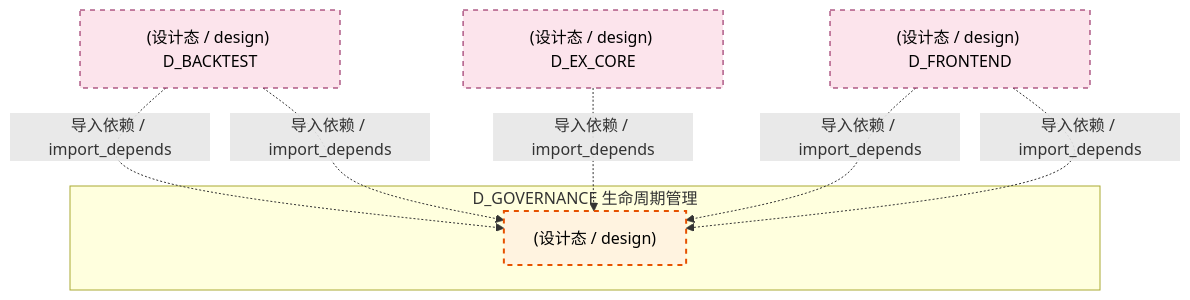
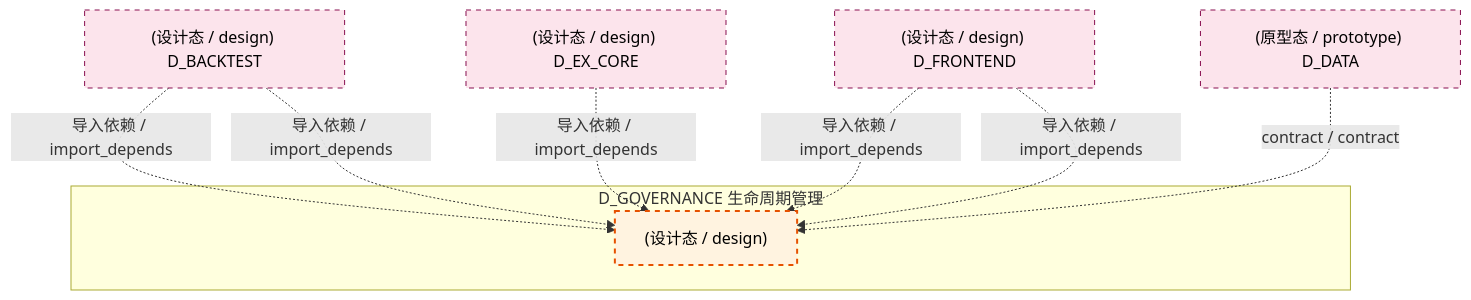
Before and after one commit to xuanFelixVan/ZephyrAlpha: the tenth of 12 diagrams in docs/02_enterprise_architecture/02_domain_architecture_docs/38_d_governance.md, drawn with Mermaid. The commit also changed other lines of this file and 101 other files, not shown here.

````diff
--- a/docs/02_enterprise_architecture/02_domain_architecture_docs/38_d_governance.md
+++ b/docs/02_enterprise_architecture/02_domain_architecture_docs/38_d_governance.md
@@ -1103,20 +1107,22 @@
 ```mermaid
 graph TD
     subgraph D_GOVERNANCE["D_GOVERNANCE 生命周期管理"]
         src_zephyr_governance_data_governance_miniqmt_provider_py["(设计态 / design) "]
     end
     D_BACKTEST["(设计态 / design) D_BACKTEST"]
     D_BACKTEST -.->|导入依赖 / import_depends| src_zephyr_governance_data_governance_miniqmt_provider_py
     D_BACKTEST -.->|导入依赖 / import_depends| src_zephyr_governance_data_governance_miniqmt_provider_py
     D_EX_CORE["(设计态 / design) D_EX_CORE"]
     D_EX_CORE -.->|导入依赖 / import_depends| src_zephyr_governance_data_governance_miniqmt_provider_py
     D_FRONTEND["(设计态 / design) D_FRONTEND"]
     D_FRONTEND -.->|导入依赖 / import_depends| src_zephyr_governance_data_governance_miniqmt_provider_py
     D_FRONTEND -.->|导入依赖 / import_depends| src_zephyr_governance_data_governance_miniqmt_provider_py
+    D_DATA["(原型态 / prototype) D_DATA"]
+    D_DATA -.->|contract / contract| src_zephyr_governance_data_governance_miniqmt_provider_py
     classDef production fill:#e1f5fe,stroke:#01579b,stroke-width:2px,color:#000
     classDef design fill:#fff3e0,stroke:#e65100,stroke-width:2px,color:#000,stroke-dasharray: 5 5
     classDef external_prod fill:#e8f5e9,stroke:#1b5e20,stroke-width:1px,color:#000
     classDef external_design fill:#fce4ec,stroke:#880e4f,stroke-width:1px,color:#000,stroke-dasharray: 5 5
     class src_zephyr_governance_data_governance_miniqmt_provider_py design
-    class D_BACKTEST,D_EX_CORE,D_FRONTEND external_design
+    class D_BACKTEST,D_EX_CORE,D_FRONTEND,D_DATA external_design
 ```
````
